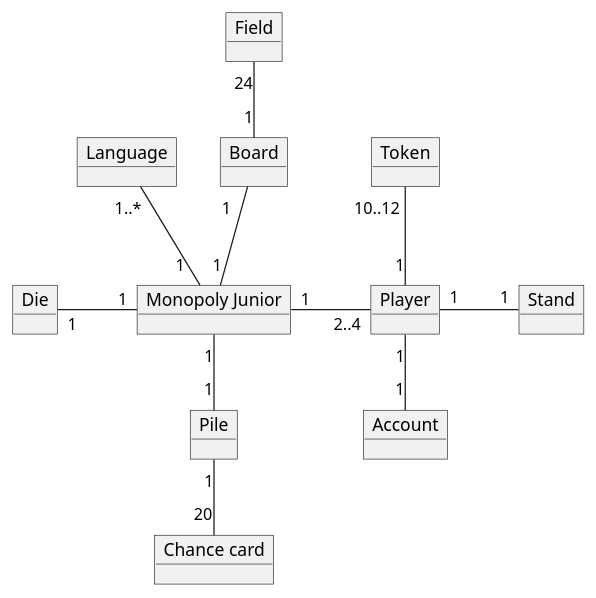
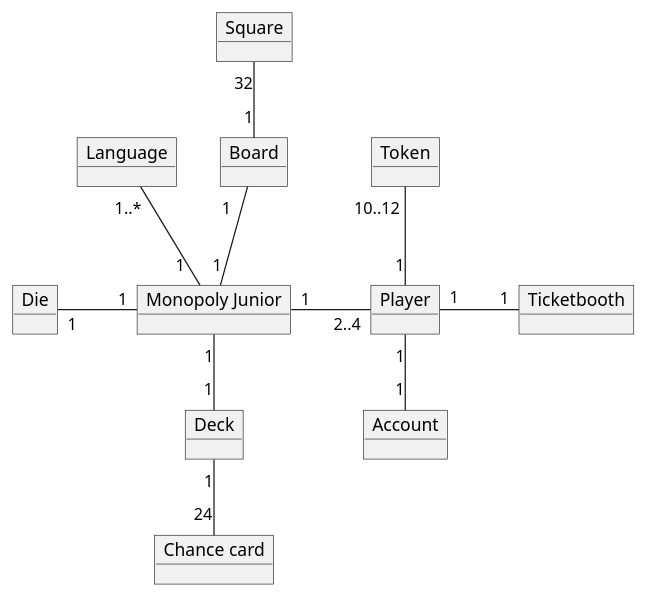
The diagram in diagrams/DM_Diagram.puml (Greve2001/CDIO3), drawn with PlantUML before and after one commit.

Commit message:
Updated domain model

```diff
--- a/diagrams/DM_Diagram.puml
+++ b/diagrams/DM_Diagram.puml
@@ -1,27 +1,27 @@
 @startuml
 'https://plantuml.com/object-diagram
 
-object Pile
-object Stand
+object Deck
+object Ticketbooth
 object Player
 object Die
 object Language
 object "Monopoly Junior" as game
 object Account
 object "Board" as board
-object Field
+object Square
 object "Chance card" as chance
 object Token
 
-Pile          "1"         -up-        "1"                 game
+Deck          "1"         -up-        "1"                 game
 Language           "1..*"      --          "1  "               game
-Field            "24"        --          "1"                 board
+Square            "32"        --          "1"                 board
 board           "1   "      -down-      "1"                 game
 Player         "1"         --          "1"                 Account
 Player         "2..4"      -left-      "1"                 game    : \t
-Player         "1"         -right-     "1"                 Stand :\t
+Player         "1"         -right-     "1"                 Ticketbooth :\t
 Player         "1"         -up-        "10..12"            Token :\t
 Die         "1    "     -right-     "  1"               game    : \t
-chance          "20"        -up-        " 1"                Pile
+chance          "24"        -up-        " 1"                Deck
 
 @enduml
```
